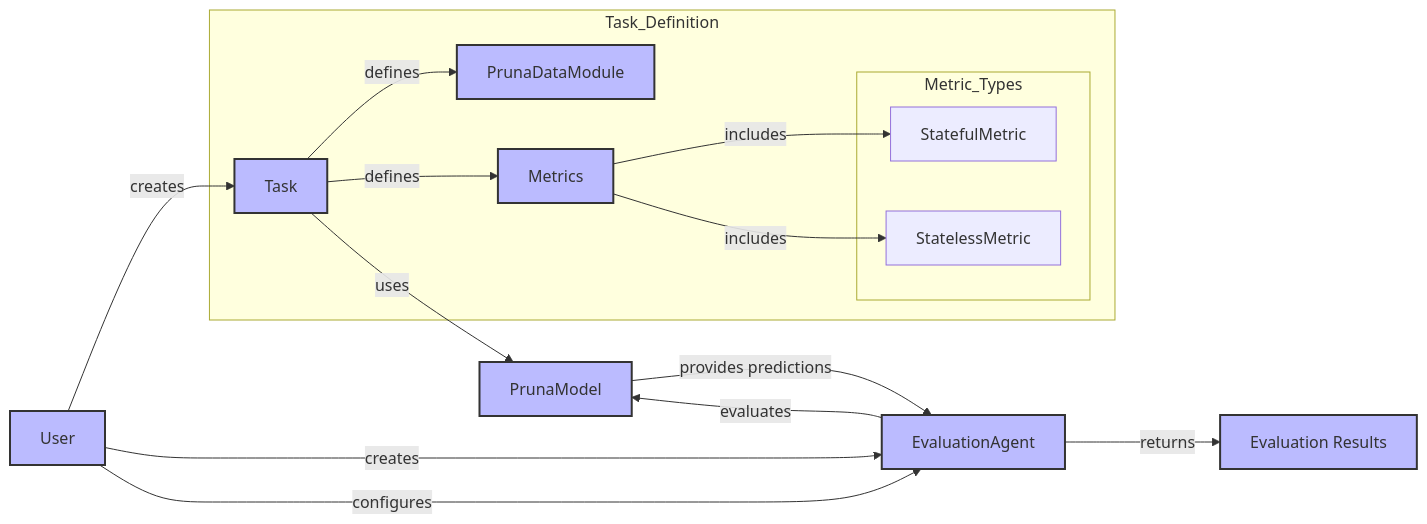
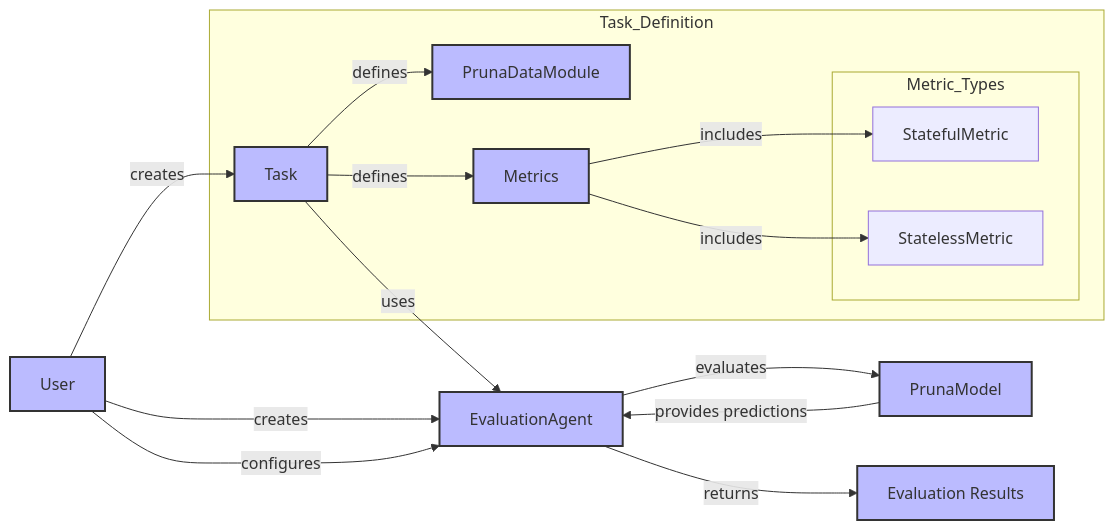
One commit to PrunaAI/pruna changed the diagram in docs/user_manual/evaluate.rst. Above: the diagram before and after it, drawn with Mermaid.

Commit message:
docs: update evaluation workflow diagram in user manual for accuracy
- Changed the reference from "PrunaModel" to "EvaluationAgent" to accurately reflect the evaluation process.
- Ensured consistency in terminology within the evaluation workflow section.

```diff
--- a/docs/user_manual/evaluate.rst
+++ b/docs/user_manual/evaluate.rst
@@ -16,35 +16,35 @@
 .. mermaid::
    :align: center
 
    graph LR
     User -->|creates| Task
     User -->|creates| EvaluationAgent
     Task -->|defines| PrunaDataModule
     Task -->|defines| Metrics
-    Task -->|uses| PrunaModel
+    Task -->|uses| EvaluationAgent
     Metrics -->|includes| StatefulMetric
     Metrics -->|includes| StatelessMetric
     PrunaModel -->|provides predictions| EvaluationAgent
     EvaluationAgent -->|evaluates| PrunaModel
     EvaluationAgent -->|returns| C["Evaluation Results"]
     User -->|configures| EvaluationAgent
 
     subgraph Metric_Types
     StatefulMetric
     StatelessMetric
     end
 
     subgraph Task_Definition
     Task
     PrunaDataModule
     Metrics
     Metric_Types
     end
 
     style User fill:#bbf,stroke:#333,stroke-width:2px
     style Task fill:#bbf,stroke:#333,stroke-width:2px
     style EvaluationAgent fill:#bbf,stroke:#333,stroke-width:2px
     style PrunaDataModule fill:#bbf,stroke:#333,stroke-width:2px
     style PrunaModel fill:#bbf,stroke:#333,stroke-width:2px
     style C fill:#bbf,stroke:#333,stroke-width:2px
     style Metrics fill:#bbf,stroke:#333,stroke-width:2px
```
